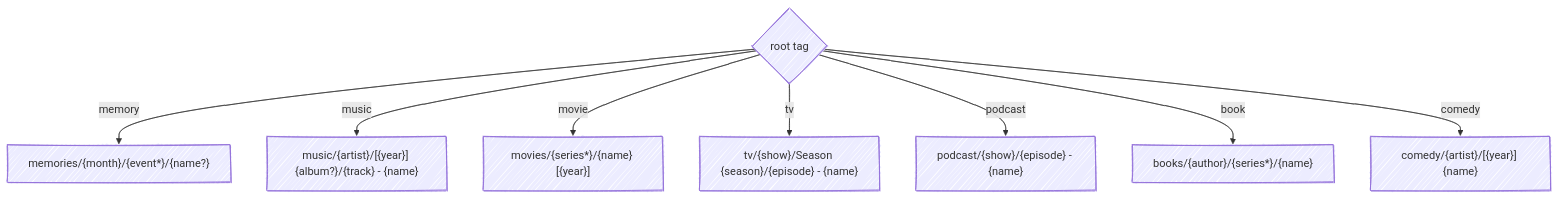
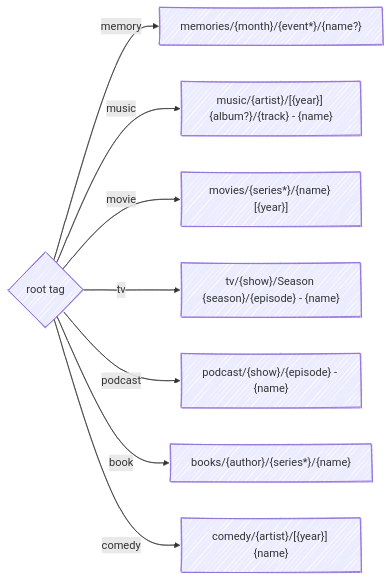
The fifth of 8 diagrams in SPEC.md (chris-peterson/pinpoint), drawn with Mermaid before and after one commit. The commit also changed other lines of this file and 13 other files, not shown here.

````diff
--- a/SPEC.md
+++ b/SPEC.md
@@ -398,14 +415,14 @@
 ```mermaid
 ---
 config:
   look: handDrawn
 ---
-flowchart TD
+flowchart LR
     root{root tag} -->|memory| mem["memories/{month}/{event*}/{name?}"]
     root -->|music| mus["music/{artist}/[{year}] {album?}/{track} - {name}"]
     root -->|movie| mov["movies/{series*}/{name} [{year}]"]
     root -->|tv| tv["tv/{show}/Season {season}/{episode} - {name}"]
     root -->|podcast| pod["podcast/{show}/{episode} - {name}"]
     root -->|book| bk["books/{author}/{series*}/{name}"]
     root -->|comedy| com["comedy/{artist}/[{year}] {name}"]
 ```
````
